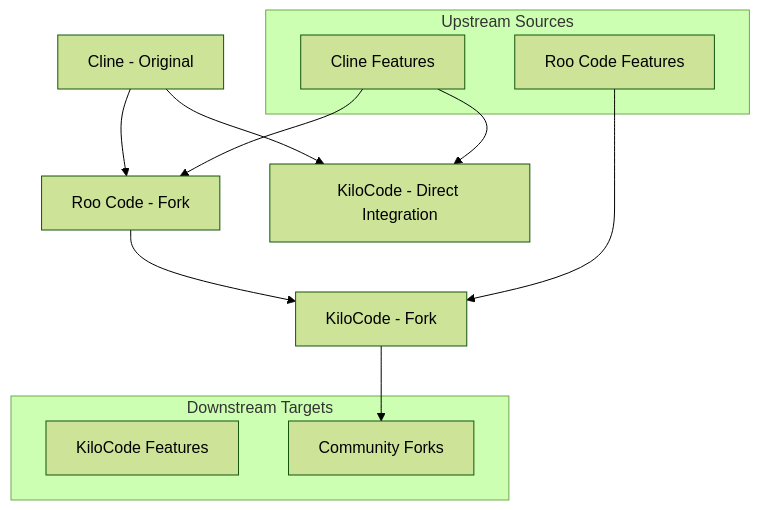
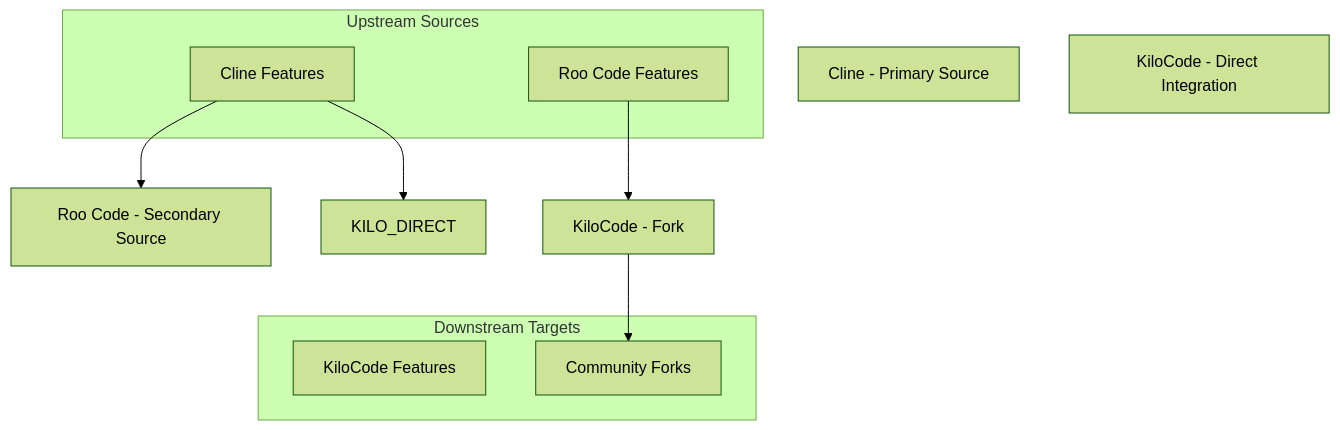
One commit to mschulkind/kilocode changed the diagram in docs/architecture/UPSTREAM_DOWNSTREAM_INTEGRATION.md. Above: the diagram before and after it, drawn with Mermaid (forest theme). The commit also changed other lines of this file and 25 other files, not shown here.

````diff
--- a/docs/architecture/UPSTREAM_DOWNSTREAM_INTEGRATION.md
+++ b/docs/architecture/UPSTREAM_DOWNSTREAM_INTEGRATION.md
@@ -34,22 +44,23 @@
 ```mermaid
-graph TD
-    CLINE[Cline - Original] --> ROO[Roo Code - Fork]
-    ROO --> KILO[KiloCode - Fork]
-    CLINE --> KILO_DIRECT[KiloCode - Direct Integration]
+graph TB
+    CLINE[Cline - Primary Source]
+    ROO[Roo Code - Secondary Source]
+    KILO[KiloCode - Fork]
+    CLINE_DIRECT[KiloCode - Direct Integration]
 
     subgraph "Upstream Sources"
         CLINE_FEATURES[Cline Features]
         ROO_FEATURES[Roo Code Features]
     end
 
     subgraph "Downstream Targets"
         KILO_FEATURES[KiloCode Features]
         COMMUNITY[Community Forks]
     end
 
     CLINE_FEATURES --> ROO
     ROO_FEATURES --> KILO
     CLINE_FEATURES --> KILO_DIRECT
 
     KILO --> COMMUNITY
 ```
````
